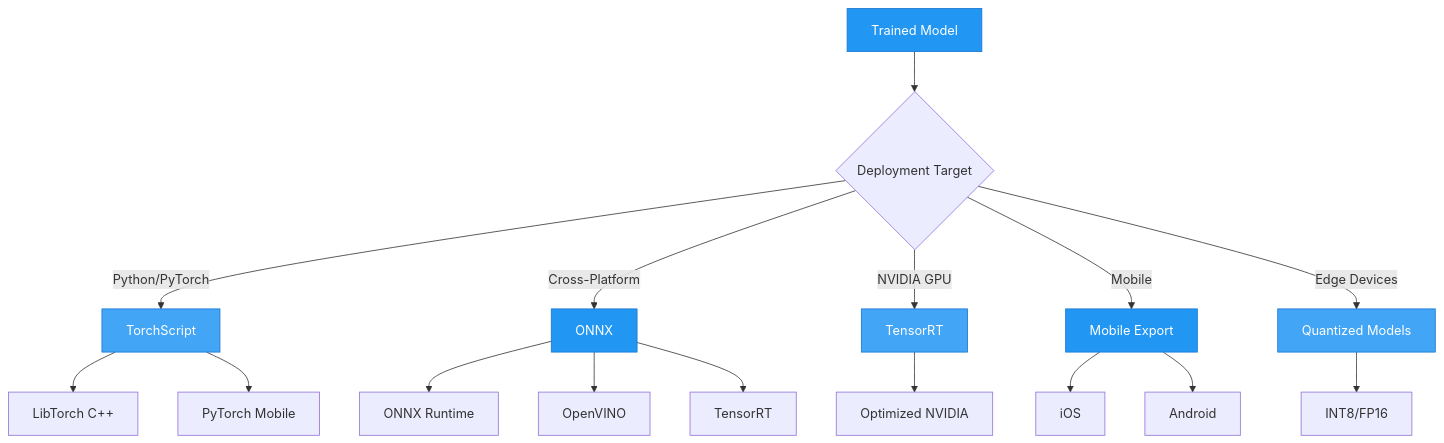
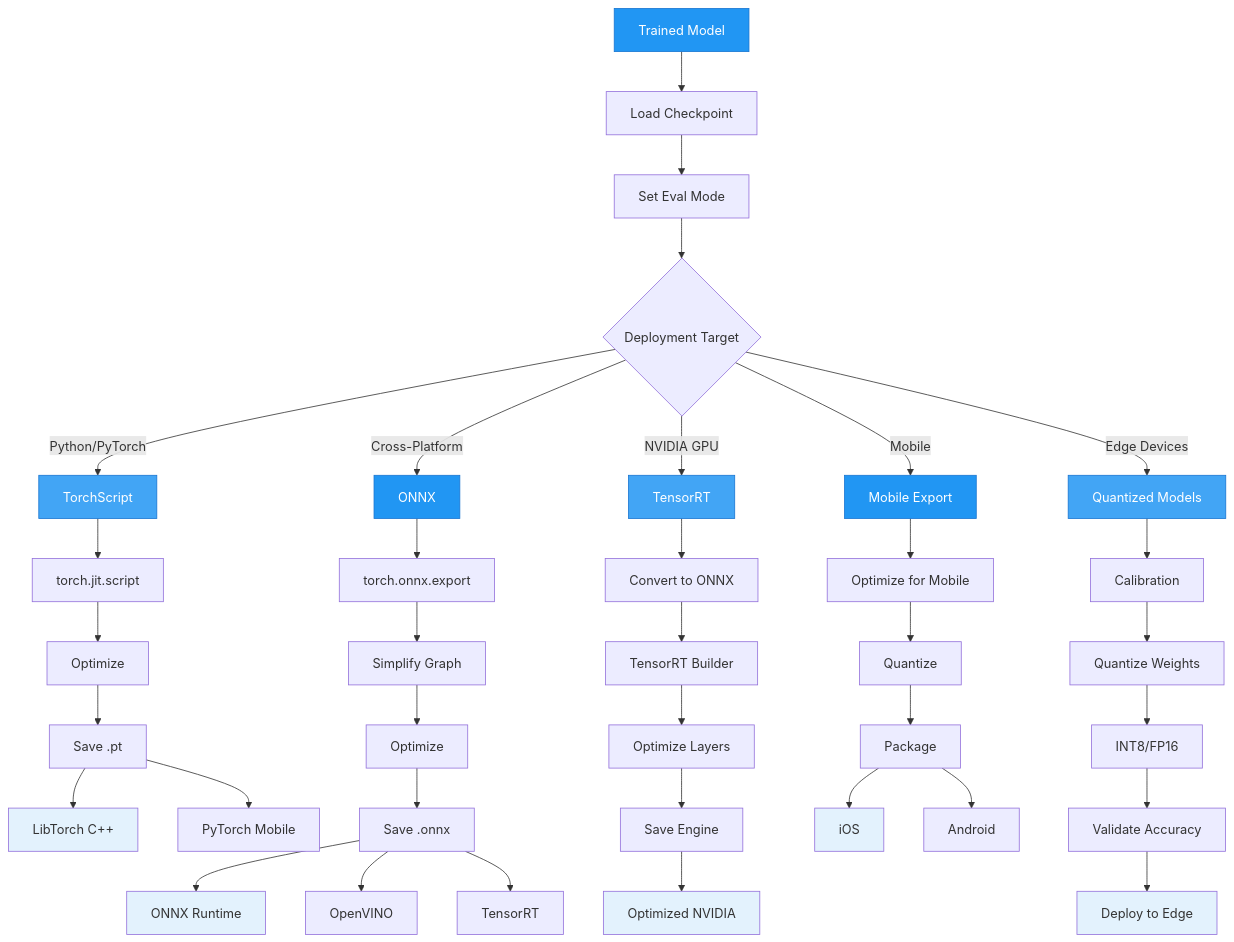
Before and after one commit to theja-vanka/AutoTimm: the diagram in docs/user-guide/deployment/deployment.md, drawn with Mermaid. The commit also changed 48 other files, not shown here.

````diff
--- a/docs/user-guide/deployment/deployment.md
+++ b/docs/user-guide/deployment/deployment.md
@@ -7,31 +7,55 @@
 ```mermaid
 graph TD
-    A[Trained Model] --> B{Deployment Target}
+    A[Trained Model] --> A1[Load Checkpoint]
+    A1 --> A2[Set Eval Mode]
+    A2 --> B{Deployment Target}
     
     B -->|Python/PyTorch| C[TorchScript]
+    C --> C1[torch.jit.script]
+    C1 --> C2[Optimize]
+    C2 --> C3[Save .pt]
+    C3 --> H1[LibTorch C++]
+    C3 --> H2[PyTorch Mobile]
+    
     B -->|Cross-Platform| D[ONNX]
+    D --> D1[torch.onnx.export]
+    D1 --> D2[Simplify Graph]
+    D2 --> D3[Optimize]
+    D3 --> D4[Save .onnx]
+    D4 --> I1[ONNX Runtime]
+    D4 --> I2[OpenVINO]
+    D4 --> I3[TensorRT]
+    
     B -->|NVIDIA GPU| E[TensorRT]
+    E --> E1[Convert to ONNX]
+    E1 --> E2[TensorRT Builder]
+    E2 --> E3[Optimize Layers]
+    E3 --> E4[Save Engine]
+    E4 --> J[Optimized NVIDIA]
+    
     B -->|Mobile| F[Mobile Export]
+    F --> F1[Optimize for Mobile]
+    F1 --> F2[Quantize]
+    F2 --> F3[Package]
+    F3 --> K1[iOS]
+    F3 --> K2[Android]
+    
     B -->|Edge Devices| G[Quantized Models]
-    
-    C --> H1[LibTorch C++]
-    C --> H2[PyTorch Mobile]
-    
-    D --> I1[ONNX Runtime]
-    D --> I2[OpenVINO]
-    D --> I3[TensorRT]
-    
-    E --> J[Optimized NVIDIA]
-    
-    F --> K1[iOS]
-    F --> K2[Android]
-    
-    G --> L[INT8/FP16]
+    G --> G1[Calibration]
+    G1 --> G2[Quantize Weights]
+    G2 --> G3[INT8/FP16]
+    G3 --> G4[Validate Accuracy]
+    G4 --> L[Deploy to Edge]
     
     style A fill:#2196F3,stroke:#1976D2,color:#fff
     style C fill:#42A5F5,stroke:#1976D2,color:#fff
     style D fill:#2196F3,stroke:#1976D2,color:#fff
     style E fill:#42A5F5,stroke:#1976D2,color:#fff
     style F fill:#2196F3,stroke:#1976D2,color:#fff
     style G fill:#42A5F5,stroke:#1976D2,color:#fff
+    style H1 fill:#E3F2FD
+    style I1 fill:#E3F2FD
+    style J fill:#E3F2FD
+    style K1 fill:#E3F2FD
+    style L fill:#E3F2FD
 ```
````
